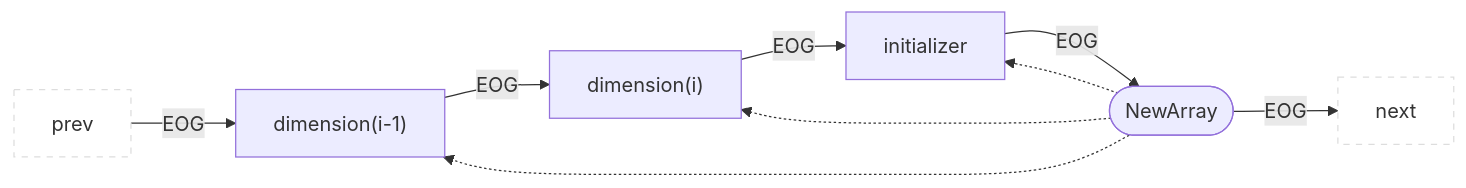
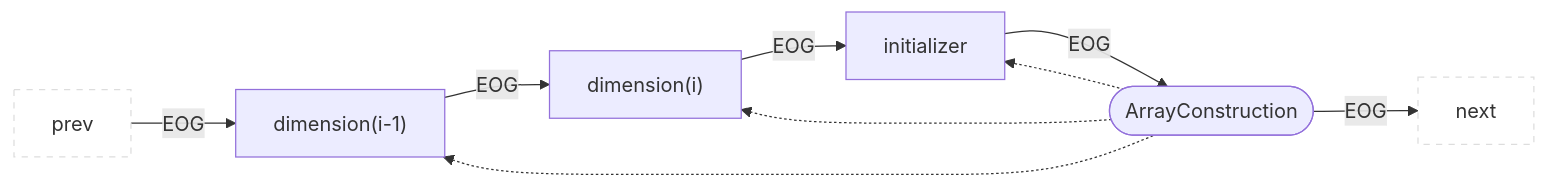
Before and after one commit to Fraunhofer-AISEC/cpg: the ninth of 49 diagrams in docs/docs/CPG/specs/eog.md, drawn with Mermaid. The commit also changed other lines of this file and 110 other files, not shown here.

Commit message:
refactor: rename Construct→Construction, Member→MemberAccess, NewArray→ArrayConstruction, Subscript→Subscription, TypeId→TypeReference

````diff
--- a/docs/docs/CPG/specs/eog.md
+++ b/docs/docs/CPG/specs/eog.md
@@ -199,12 +199,12 @@
 ```mermaid
 flowchart LR
   classDef outer fill:#fff,stroke:#ddd,stroke-dasharray:5 5;
   prev:::outer --EOG--> child1["dimension(i-1)"]
   child1 --EOG--> child2["dimension(i)"]
   child2 --EOG--> initializer
-  parent(["NewArray"]) --EOG--> next:::outer
+  parent(["ArrayConstruction"]) --EOG--> next:::outer
   parent -.-> child1
   parent -.-> child2
   parent -.-> initializer
   initializer --EOG--> parent
 ```
````
